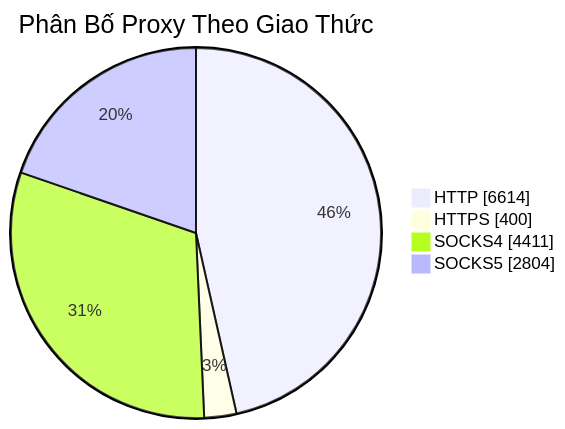
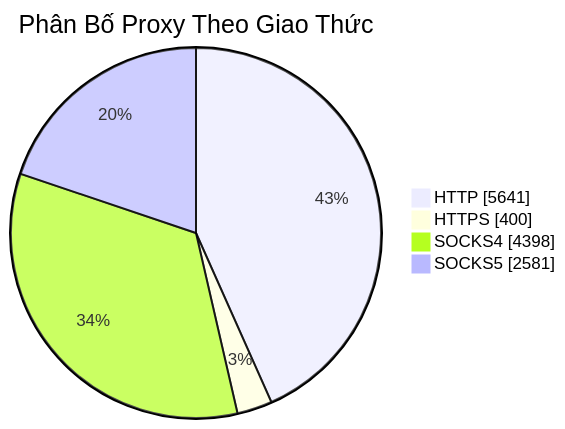
Before and after one commit to Ciara-Aa/PROXY-free: the diagram in README.md, drawn with Mermaid. The commit also changed other lines of this file and 4 other files, not shown here.

````diff
--- a/README.md
+++ b/README.md
@@ -26,7 +26,7 @@
 ```mermaid
 pie showData title Phân Bố Proxy Theo Giao Thức
-    "HTTP" : 6614
+    "HTTP" : 5641
     "HTTPS" : 400
-    "SOCKS4" : 4411
-    "SOCKS5" : 2804
+    "SOCKS4" : 4398
+    "SOCKS5" : 2581
 ```
````
